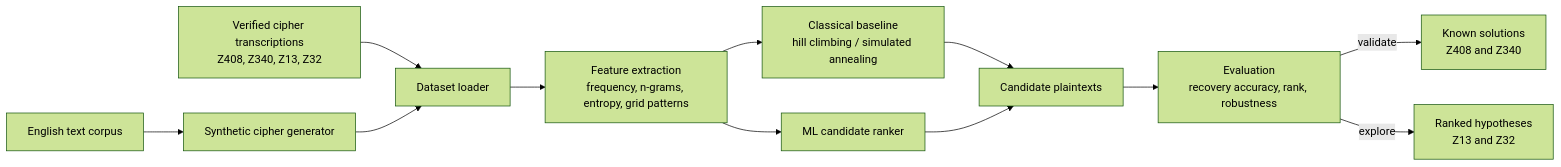
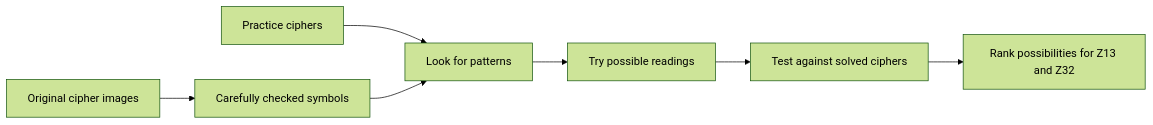
The diagram in README.md (taufiq0205/zodiac-cipher-analysis), drawn with Mermaid (forest theme) before and after one commit. The commit also changed other lines of this file, not shown here.

````diff
--- a/README.md
+++ b/README.md
@@ -15,14 +17,9 @@
 ```mermaid
 flowchart LR
-    A[Verified cipher transcriptions<br/>Z408, Z340, Z13, Z32] --> C[Dataset loader]
-    B[English text corpus] --> D[Synthetic cipher generator]
-    D --> C
-    C --> E[Feature extraction<br/>frequency, n-grams, entropy, grid patterns]
-    E --> F[Classical baseline<br/>hill climbing / simulated annealing]
-    E --> G[ML candidate ranker]
-    F --> H[Candidate plaintexts]
-    G --> H
-    H --> I[Evaluation<br/>recovery accuracy, rank, robustness]
-    I -->|validate| J[Known solutions<br/>Z408 and Z340]
-    I -->|explore| K[Ranked hypotheses<br/>Z13 and Z32]
+    A[Original cipher images] --> B[Carefully checked symbols]
+    C[Practice ciphers] --> D[Look for patterns]
+    B --> D
+    D --> E[Try possible readings]
+    E --> F[Test against solved ciphers]
+    F --> G[Rank possibilities for Z13 and Z32]
 ```
````
